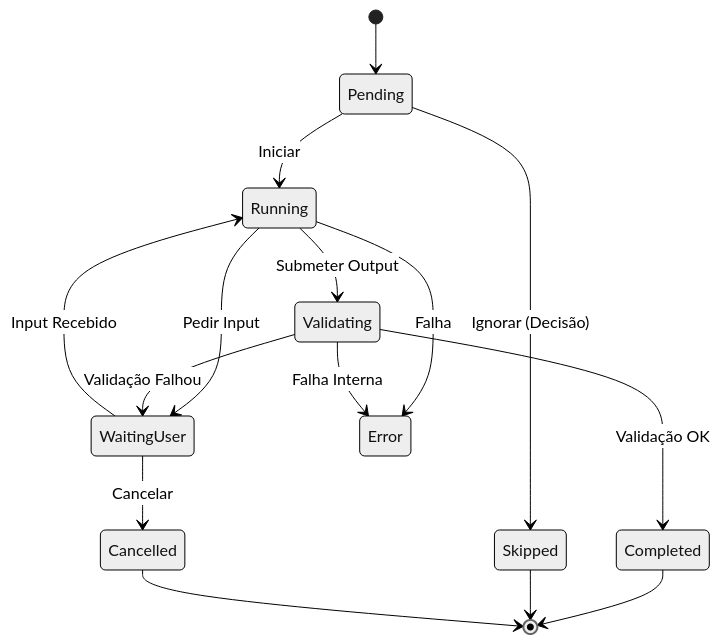
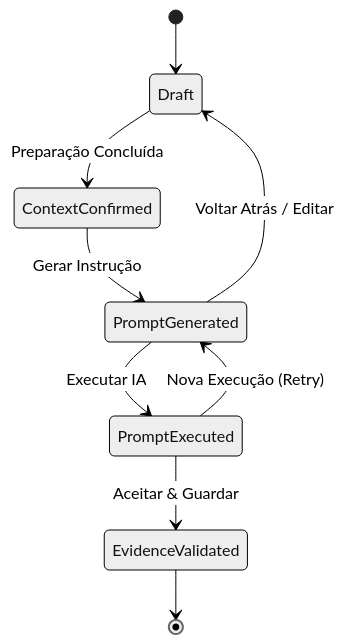
One commit to egaslemos-gif/ResearchAI-Hub changed the diagram in docs/rfcs/RFC-003-Protocol-Runtime-Specification.md. Above: the diagram before and after it, drawn with Mermaid (neutral theme). The commit also changed other lines of this file and 27 other files, not shown here.

````diff
--- a/docs/rfcs/RFC-003-Protocol-Runtime-Specification.md
+++ b/docs/rfcs/RFC-003-Protocol-Runtime-Specification.md
@@ -67,22 +64,15 @@
 ```mermaid
 stateDiagram-v2
-    [*] --> Pending
-    Pending --> Running : Iniciar
-    Pending --> Skipped : Ignorar (Decisão)
+    [*] --> Draft
+    Draft --> ContextConfirmed : Preparação Concluída
     
-    Running --> WaitingUser : Pedir Input
-    Running --> Error : Falha
+    ContextConfirmed --> PromptGenerated : Gerar Instrução
     
-    WaitingUser --> Running : Input Recebido
-    WaitingUser --> Cancelled : Cancelar
+    PromptGenerated --> PromptExecuted : Executar IA
+    PromptGenerated --> Draft : Voltar Atrás / Editar
     
-    Running --> Validating : Submeter Output
+    PromptExecuted --> EvidenceValidated : Aceitar & Guardar
+    PromptExecuted --> PromptGenerated : Nova Execução (Retry)
     
-    Validating --> Completed : Validação OK
-    Validating --> WaitingUser : Validação Falhou
-    Validating --> Error : Falha Interna
-    
-    Completed --> [*]
-    Skipped --> [*]
-    Cancelled --> [*]
+    EvidenceValidated --> [*]
 ```
````
